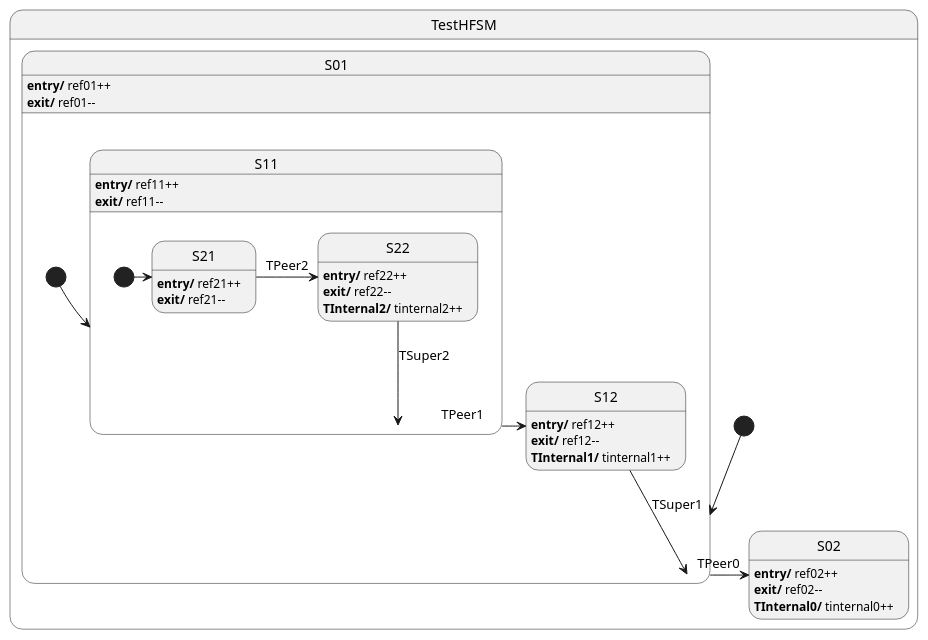
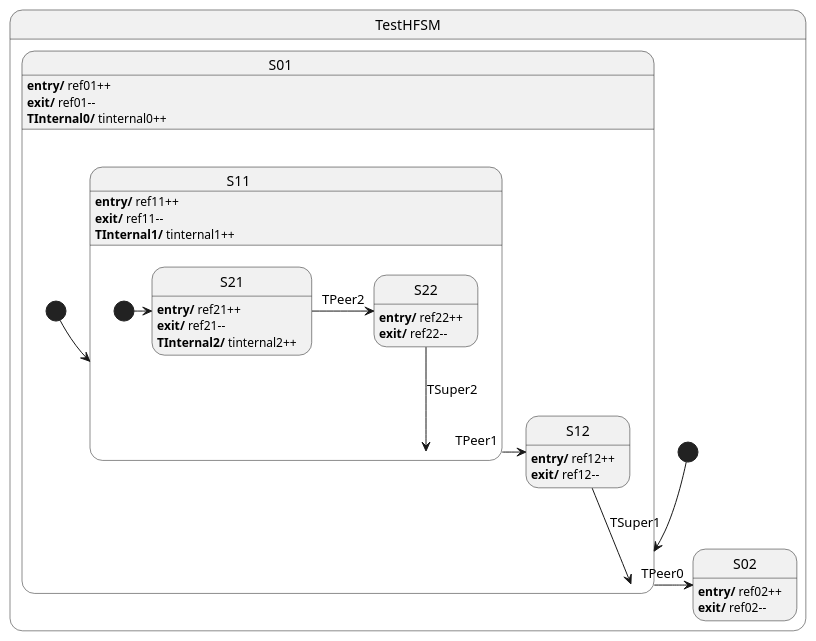
Before and after one commit to CIPop/hsm: the diagram in doc/hfsm_test.puml, drawn with PlantUML. The commit also changed 4 other files, not shown here.

```diff
--- a/doc/hfsm_test.puml
+++ b/doc/hfsm_test.puml
@@ -1,43 +1,43 @@
 @startuml
 
 state TestHFSM {
     state S01 {
         state S11 {
             state S21
             S21 : <b>entry/</b> ref21++
             S21 : <b>exit/</b> ref21--
+            S21 : <b>TInternal2/</b> tinternal2++
 
             state S22
             S22 : <b>entry/</b> ref22++
             S22 : <b>exit/</b> ref22--
-            S22 : <b>TInternal2/</b> tinternal2++
 
             [*] -> S21
             S21 -right-> S22 : TPeer2
             S22 --> S11 : TSuper2
         }
         S11 : <b>entry/</b> ref11++
         S11 : <b>exit/</b> ref11--
+        S11 : <b>TInternal1/</b> tinternal1++
 
         state S12
         S12 : <b>entry/</b> ref12++
         S12 : <b>exit/</b> ref12--
-        S12 : <b>TInternal1/</b> tinternal1++
 
         [*] --> S11
         S11 -right-> S12 : TPeer1
         S12 -->S01 : TSuper1
     }
     S01 : <b>entry/</b> ref01++
     S01 : <b>exit/</b> ref01--
+    S01 : <b>TInternal0/</b> tinternal0++
 
     state S02
     S02 : <b>entry/</b> ref02++
     S02 : <b>exit/</b> ref02--
-    S02 : <b>TInternal0/</b> tinternal0++
 
     [*] --> S01
     S01 -right-> S02 : TPeer0
 }
 
 @enduml
```
